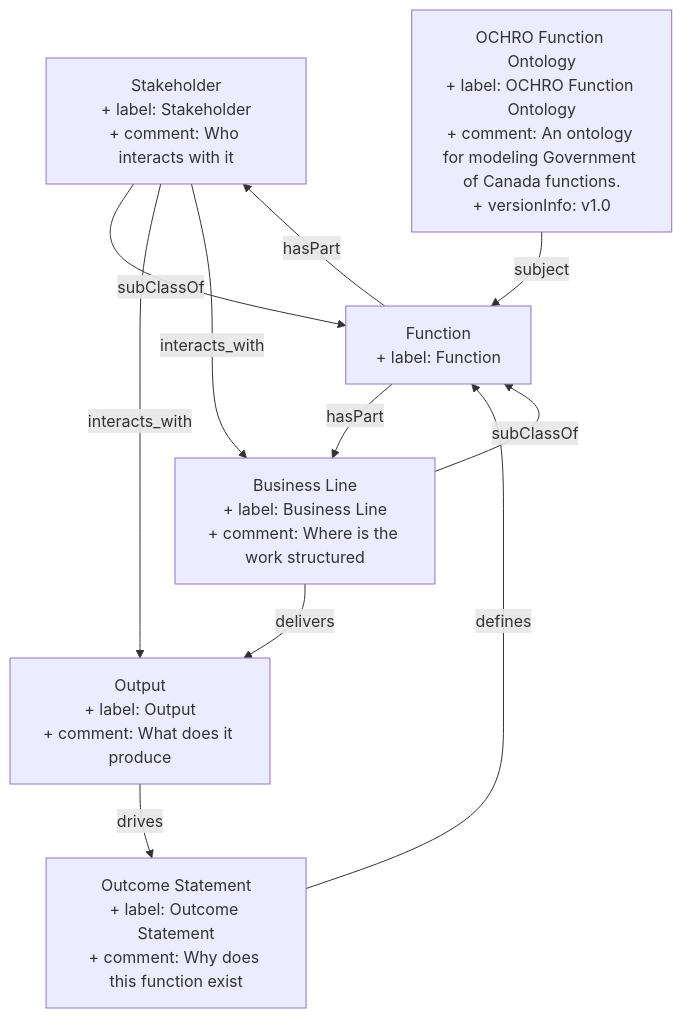
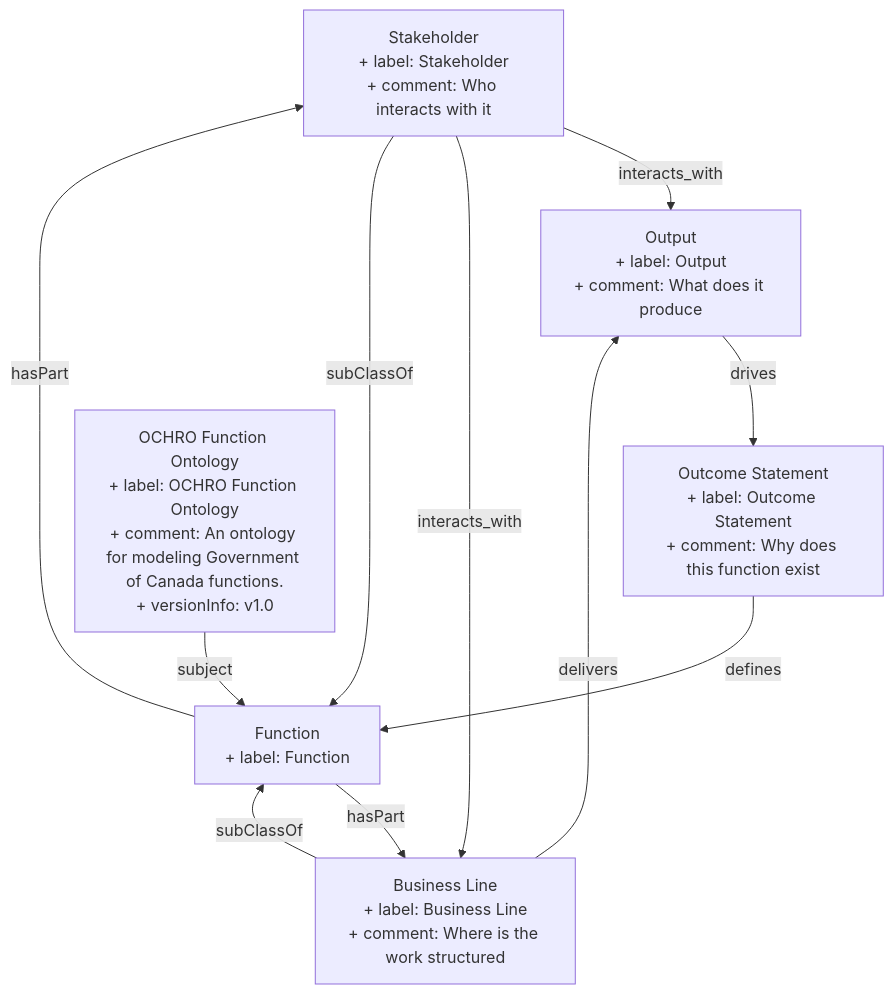
The diagram in content/policy on service and digital/stakeholder.md (heidingaway/heidi2), drawn with Mermaid before and after one commit. The commit also changed other lines of this file and 350 other files, not shown here.

````diff
--- a/content/policy on service and digital/stakeholder.md
+++ b/content/policy on service and digital/stakeholder.md
@@ -25,19 +26,19 @@
 ```mermaid
 graph TD
   Stakeholder["Stakeholder<br>+ label: Stakeholder<br>+ comment: Who interacts with it"]:::current-page-node
   Function["Function<br>+ label: Function"]
   Business_Line["Business Line<br>+ label: Business Line<br>+ comment: Where is the work structured"]
   Output["Output<br>+ label: Output<br>+ comment: What does it produce"]
+  Outcome_Statement["Outcome Statement<br>+ label: Outcome Statement<br>+ comment: Why does this function exist"]
   OCHRO_Function_Ontology["OCHRO Function Ontology<br>+ label: OCHRO Function Ontology<br>+ comment: An ontology for modeling Government of Canada functions.<br>+ versionInfo: v1.0"]
-  Outcome_Statement["Outcome Statement<br>+ label: Outcome Statement<br>+ comment: Why does this function exist"]
+  Business_Line-->|" delivers "|Output
+  Output-->|" drives "|Outcome_Statement
+  Outcome_Statement-->|" defines "|Function
+  Function-->|" hasPart "|Stakeholder
   Function-->|" hasPart "|Business_Line
+  Stakeholder-->|" interacts_with "|Output
+  Business_Line-->|" subClassOf "|Function
+  OCHRO_Function_Ontology-->|" subject "|Function
+  Stakeholder-->|" interacts_with "|Business_Line
   Stakeholder-->|" subClassOf "|Function
-  OCHRO_Function_Ontology-->|" subject "|Function
-  Business_Line-->|" delivers "|Output
-  Business_Line-->|" subClassOf "|Function
-  Stakeholder-->|" interacts_with "|Output
-  Outcome_Statement-->|" defines "|Function
-  Output-->|" drives "|Outcome_Statement
-  Function-->|" hasPart "|Stakeholder
-  Stakeholder-->|" interacts_with "|Business_Line
 ```
````
